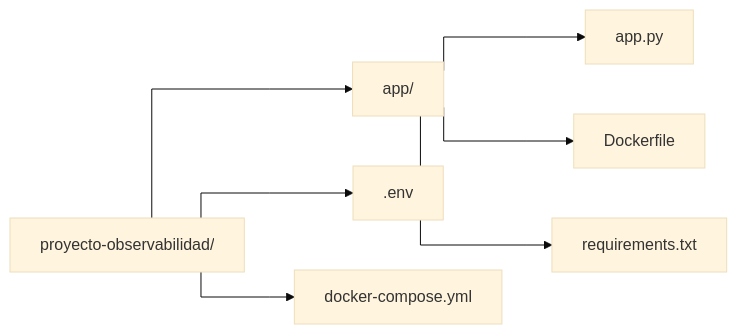
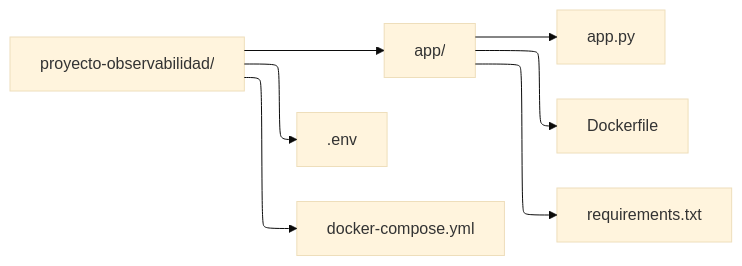
One commit to albmart2/proyecto-observabilidad changed the first of 2 diagrams in README.md. Above: the diagram before and after it, drawn with Mermaid (base theme).

````diff
--- a/README.md
+++ b/README.md
@@ -15,11 +15,10 @@
 ```mermaid
-%%{init: {'flowchart': {'curve': 'stepBefore'}}}%%
-graph LR
-A[proyecto-observabilidad/]
-A --> B[app/]
-B --> B1[app.py]
-B --> B2[Dockerfile]
-B --> B3[requirements.txt]
-A --> C[.env]
-A --> D[docker-compose.yml]
+flowchart-elk LR
+A["proyecto-observabilidad/"]
+A --> B["app/"]
+B --> B1["app.py"]
+B --> B2["Dockerfile"]
+B --> B3["requirements.txt"]
+A --> C[".env"]
+A --> D["docker-compose.yml"]
 ```
````
